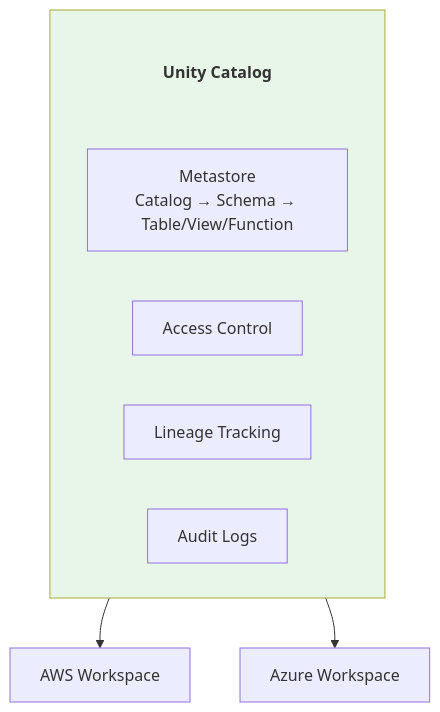
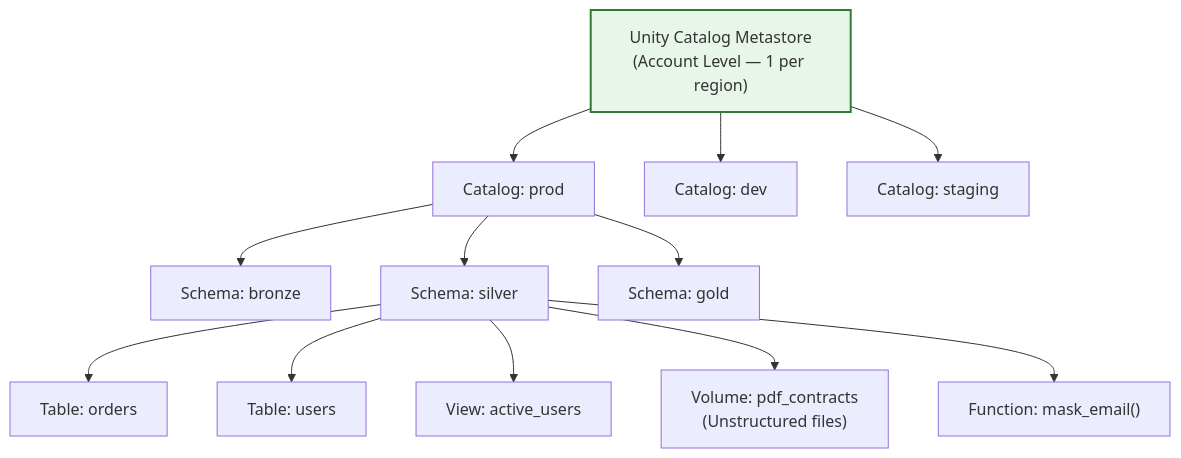
One commit to quocvinhx2101-ctrl/DE changed the seventh of 23 diagrams in platforms/01_Databricks.md. Above: the diagram before and after it, drawn with Mermaid. The commit also changed other lines of this file and 17 other files, not shown here.

````diff
--- a/platforms/01_Databricks.md
+++ b/platforms/01_Databricks.md
@@ -147,16 +411,18 @@
 ```mermaid
-graph TB
-    subgraph UC[" "]
-        UC_title["Unity Catalog"]
-        style UC_title fill:none,stroke:none,color:#333,font-weight:bold
-        Meta["Metastore<br/>Catalog → Schema → Table/View/Function"]
-        AC["Access Control"]
-        LT["Lineage Tracking"]
-        AL["Audit Logs"]
-    end
+graph TD
+    UC["Unity Catalog Metastore<br/>(Account Level — 1 per region)"] --> CatProd["Catalog: prod"]
+    UC --> CatDev["Catalog: dev"]
+    UC --> CatStaging["Catalog: staging"]
     
-    UC --> AWS["AWS Workspace"]
-    UC --> Azure["Azure Workspace"]
+    CatProd --> Bronze["Schema: bronze"]
+    CatProd --> Silver["Schema: silver"]
+    CatProd --> Gold["Schema: gold"]
     
-    style UC fill:#e8f5e9
+    Silver --> T1["Table: orders"]
+    Silver --> T2["Table: users"]
+    Silver --> V1["View: active_users"]
+    Silver --> Vol["Volume: pdf_contracts<br/>(Unstructured files)"]
+    Silver --> Fn["Function: mask_email()"]
+    
+    style UC fill:#e8f5e9,stroke:#2e7d32,stroke-width:2px
 ```
````
